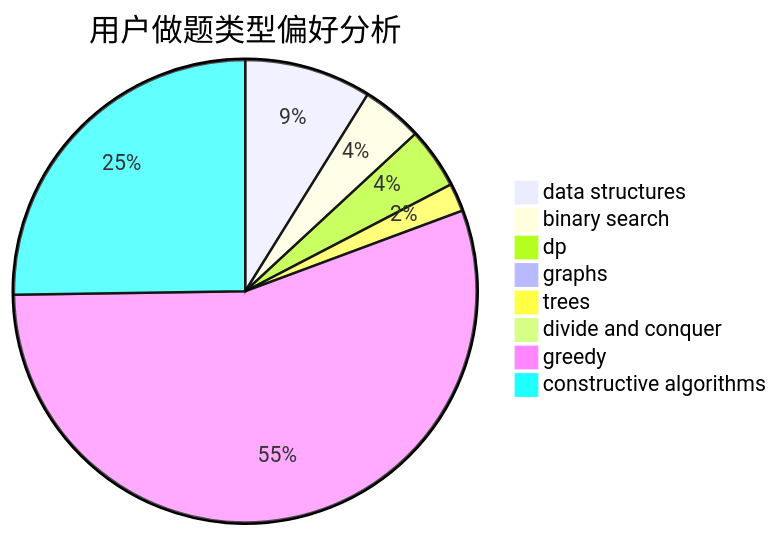
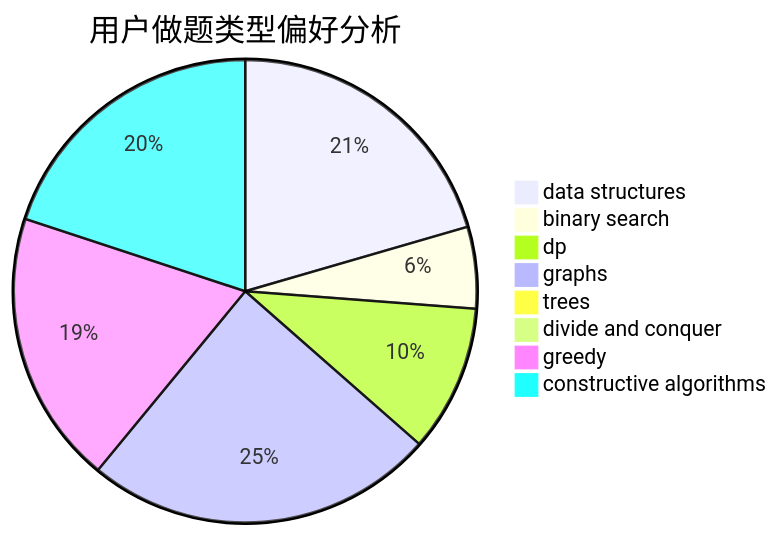
The second of 3 diagrams in docs/user/u734.md (sherpahu/cfrs.github.io), drawn with Mermaid before and after one commit. The commit also changed other lines of this file and 2770 other files, not shown here.

````diff
--- a/docs/user/u734.md
+++ b/docs/user/u734.md
@@ -23,11 +23,11 @@
 ```mermaid
 pie title 用户做题类型偏好分析
-    "data structures" :  27
-    "binary search" :  13
-    "dp" :  13
-    "graphs" :  0
-    "trees" :  6
+    "data structures" :  72
+    "binary search" :  20
+    "dp" :  36
+    "graphs" :  86
+    "trees" :  0
     "divide and conquer" :  0
-    "greedy" :  169
-    "constructive algorithms" :  77
+    "greedy" :  67
+    "constructive algorithms" :  70
 ```
````
